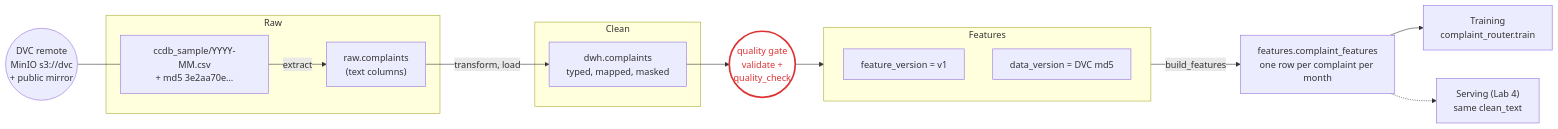
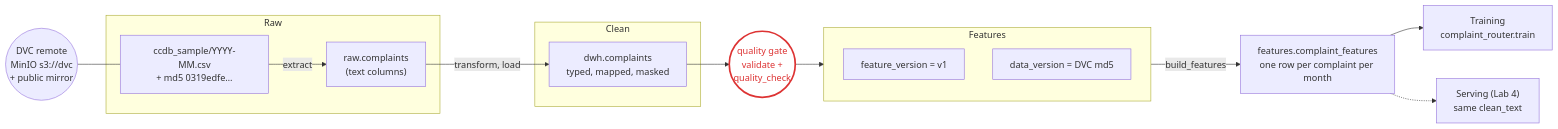
The third of 6 diagrams in docs/design.md (goodfrog33/kse-mlops-complaint-router), drawn with Mermaid before and after one commit. The commit also changed other lines of this file and 2 other files, not shown here.

First line of the commit message:
Fix sampler bias on rows without complaint_id; data version 0319edfe

````diff
--- a/docs/design.md
+++ b/docs/design.md
@@ -314,28 +314,28 @@
 ```mermaid
 flowchart LR
     REM(("DVC remote<br/>MinIO s3://dvc<br/>+ public mirror"))
     subgraph RAW["Raw"]
-        R1["ccdb_sample/YYYY-MM.csv<br/>+ md5 3e2aa70e…"]
+        R1["ccdb_sample/YYYY-MM.csv<br/>+ md5 0319edfe…"]
         R2["raw.complaints<br/>(text columns)"]
     end
     subgraph CLEAN["Clean"]
         C1["dwh.complaints<br/>typed, mapped, masked"]
     end
     QG(("quality gate<br/>validate +<br/>quality_check"))
     subgraph FEAT["Features"]
         F1["feature_version = v1"]
         F2["data_version = DVC md5"]
     end
     FT["features.complaint_features<br/>one row per complaint per month"]
     TRN["Training<br/>complaint_router.train"]
     SRV["Serving (Lab 4)<br/>same clean_text"]
     REM --- R1
     R1 -- extract --> R2
     R2 -- "transform, load" --> C1
     C1 --> QG --> FEAT
     FEAT -- build_features --> FT
     FT --> TRN
     FT -.-> SRV
     classDef mark fill:#fff,stroke:#d33,stroke-width:3px,color:#d33;
     class QG mark;
 ```
````
